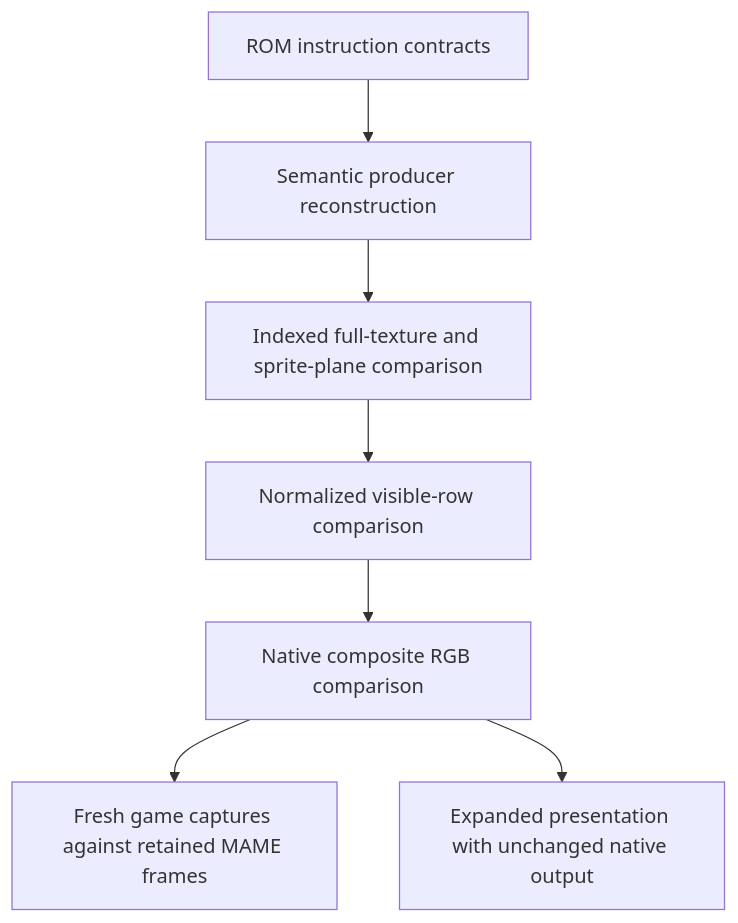
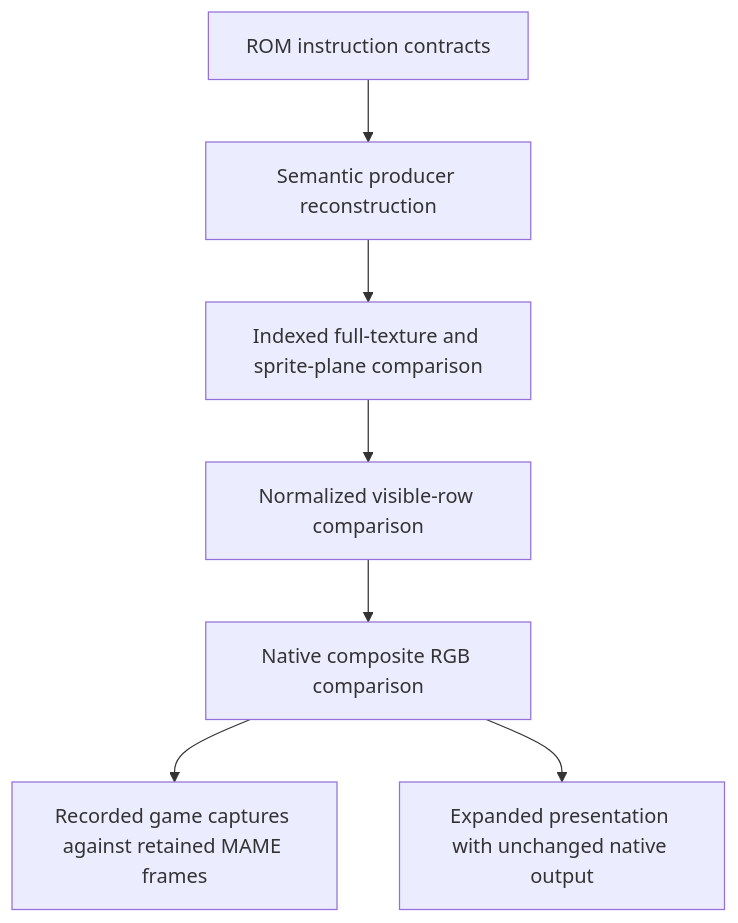
Before and after one commit to ansxor/f3-recomp: the diagram in docs/site/developer/runtime/video/parity.md, drawn with Mermaid. The commit also changed other lines of this file and 81 other files, not shown here.

````diff
--- a/docs/site/developer/runtime/video/parity.md
+++ b/docs/site/developer/runtime/video/parity.md
@@ -17,9 +17,9 @@
 ```mermaid
 flowchart TD
     I["ROM instruction contracts"] --> S["Semantic producer reconstruction"]
     S --> T["Indexed full-texture and sprite-plane comparison"]
     T --> R["Normalized visible-row comparison"]
     R --> C["Native composite RGB comparison"]
-    C --> M["Fresh game captures against retained MAME frames"]
+    C --> M["Recorded game captures against retained MAME frames"]
     C --> P["Expanded presentation with unchanged native output"]
 ```
````
